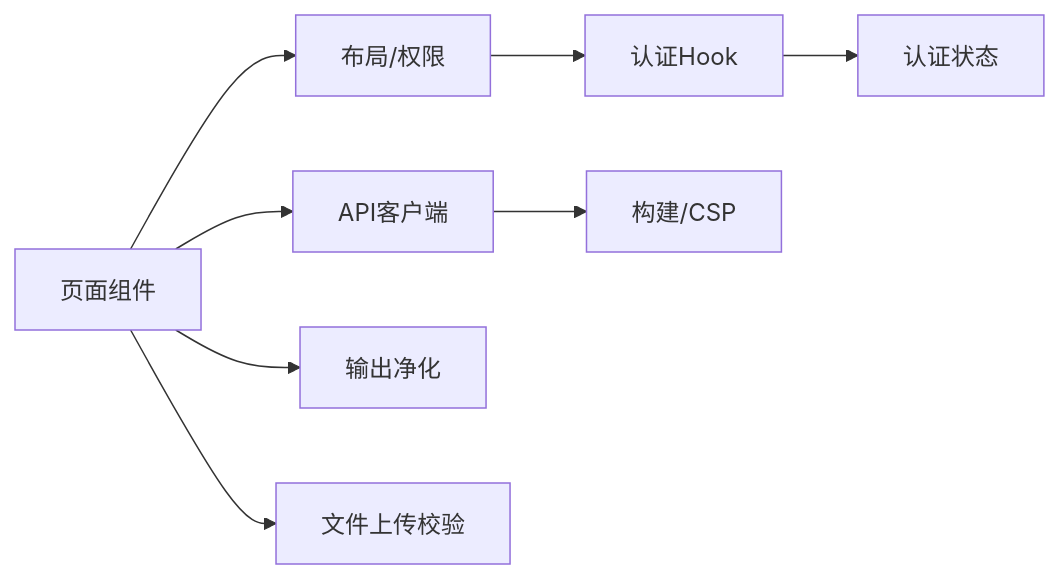
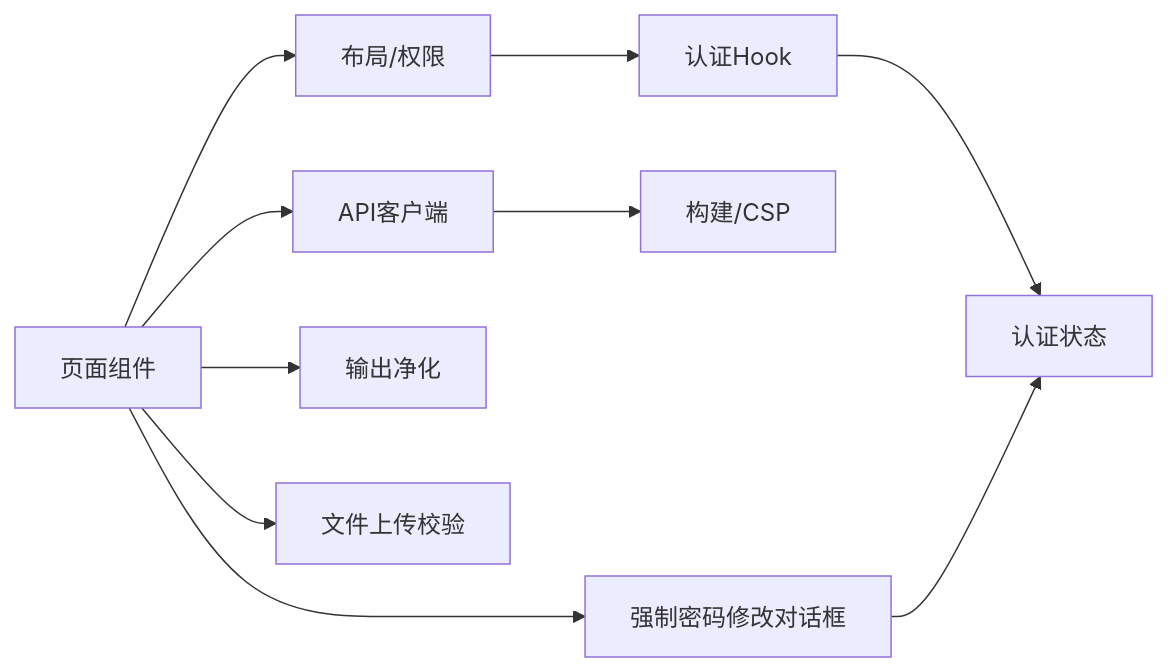
The ninth of 9 diagrams in .qoder/repowiki/zh/content/安全指南/安全指南.md (Damao997/newproject), drawn with Mermaid before and after one commit. The commit also changed other lines of this file and 24 other files, not shown here.

````diff
--- a/.qoder/repowiki/zh/content/安全指南/安全指南.md
+++ b/.qoder/repowiki/zh/content/安全指南/安全指南.md
@@ -288,10 +372,12 @@
 ```mermaid
 graph LR
 Pages["页面组件"] --> Layout["布局/权限"]
 Layout --> AuthHook["认证Hook"]
 AuthHook --> AuthStore["认证状态"]
 Pages --> API["API客户端"]
 API --> CSP["构建/CSP"]
 Pages --> Sanitize["输出净化"]
 Pages --> FileVal["文件上传校验"]
+Pages --> PasswordDialog["强制密码修改对话框"]
+PasswordDialog --> AuthStore
 ```
````
